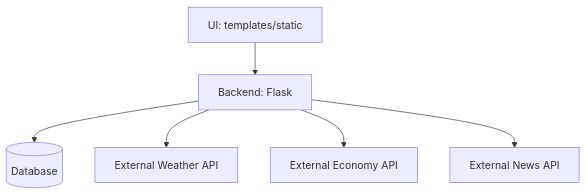
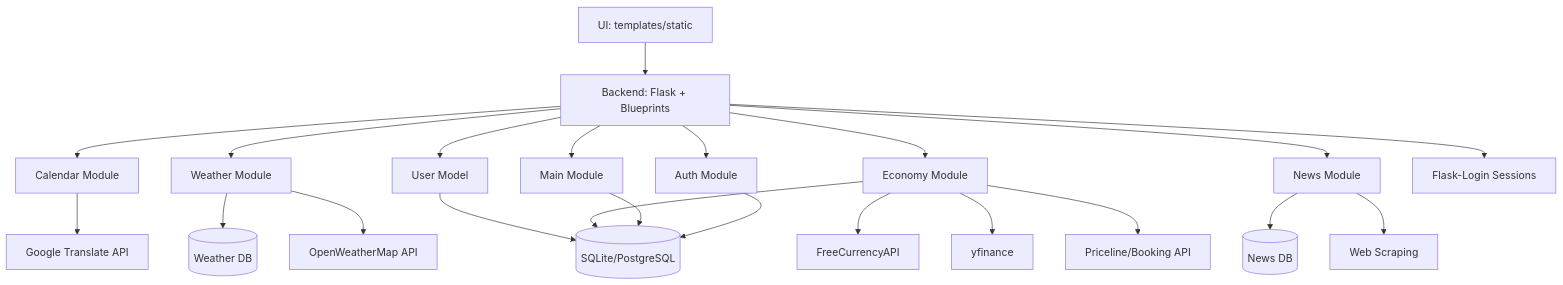
The diagram in docs/architecture.md (MGosiak2137/Serwis-Informacyjny), drawn with Mermaid before and after one commit. The commit also changed other lines of this file and 1 other file, not shown here.

Commit message:
architecture.md skończone

````diff
--- a/docs/architecture.md
+++ b/docs/architecture.md
@@ -72,8 +105,28 @@
 ```mermaid
 flowchart TD
-  UI[UI: templates/static] --> Flask[Backend: Flask]
-  Flask --> DB[(Database)]
-  Flask --> WeatherAPI[External Weather API]
-  Flask --> EconomyAPI[External Economy API]
-  Flask --> NewsAPI[External News API]
+  UI[UI: templates/static] --> Flask[Backend: Flask + Blueprints]
+  Flask --> Auth[Auth Module]
+  Flask --> Main[Main Module]
+  Flask --> Calendar[Calendar Module]
+  Flask --> Weather[Weather Module]
+  Flask --> Economy[Economy Module]
+  Flask --> News[News Module]
+  
+  Auth --> DB[(SQLite/PostgreSQL)]
+  Main --> DB
+  Economy --> DB
+  Weather --> WeatherDB[(Weather DB)]
+  News --> NewsDB[(News DB)]
+  
+  Flask --> UserModel[User Model]
+  UserModel --> DB
+  
+  Weather --> WeatherAPI[OpenWeatherMap API]
+  Economy --> CurrencyAPI[FreeCurrencyAPI]
+  Economy --> FinanceAPI[yfinance]
+  Economy --> TravelAPI[Priceline/Booking API]
+  Calendar --> TranslateAPI[Google Translate API]
+  News --> Scraping[Web Scraping]
+  
+  Flask --> Session[Flask-Login Sessions]
 ```
````
